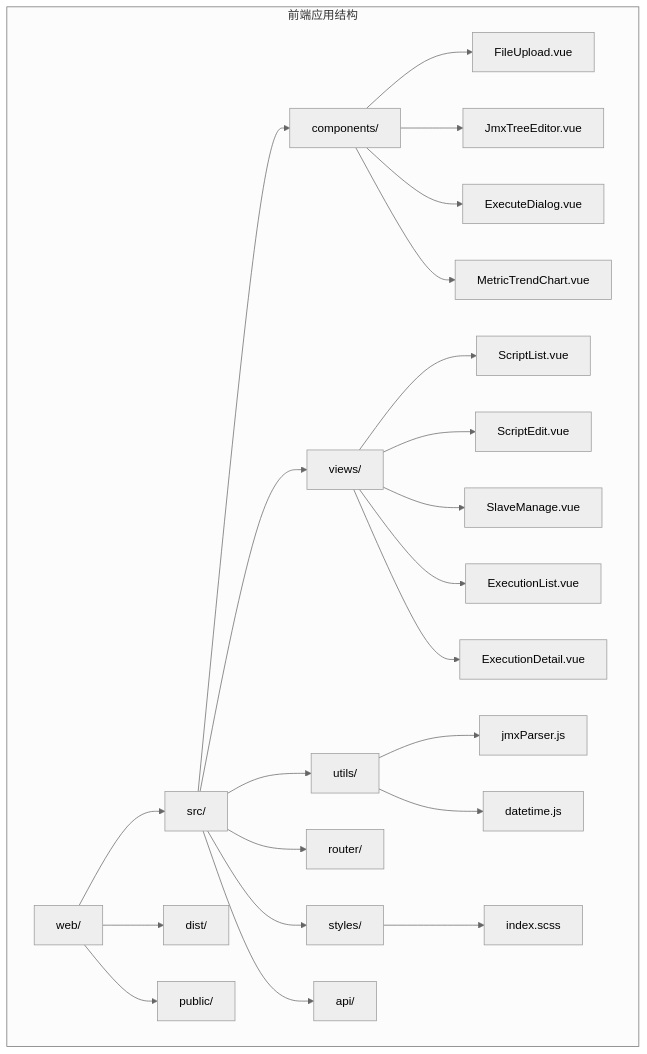
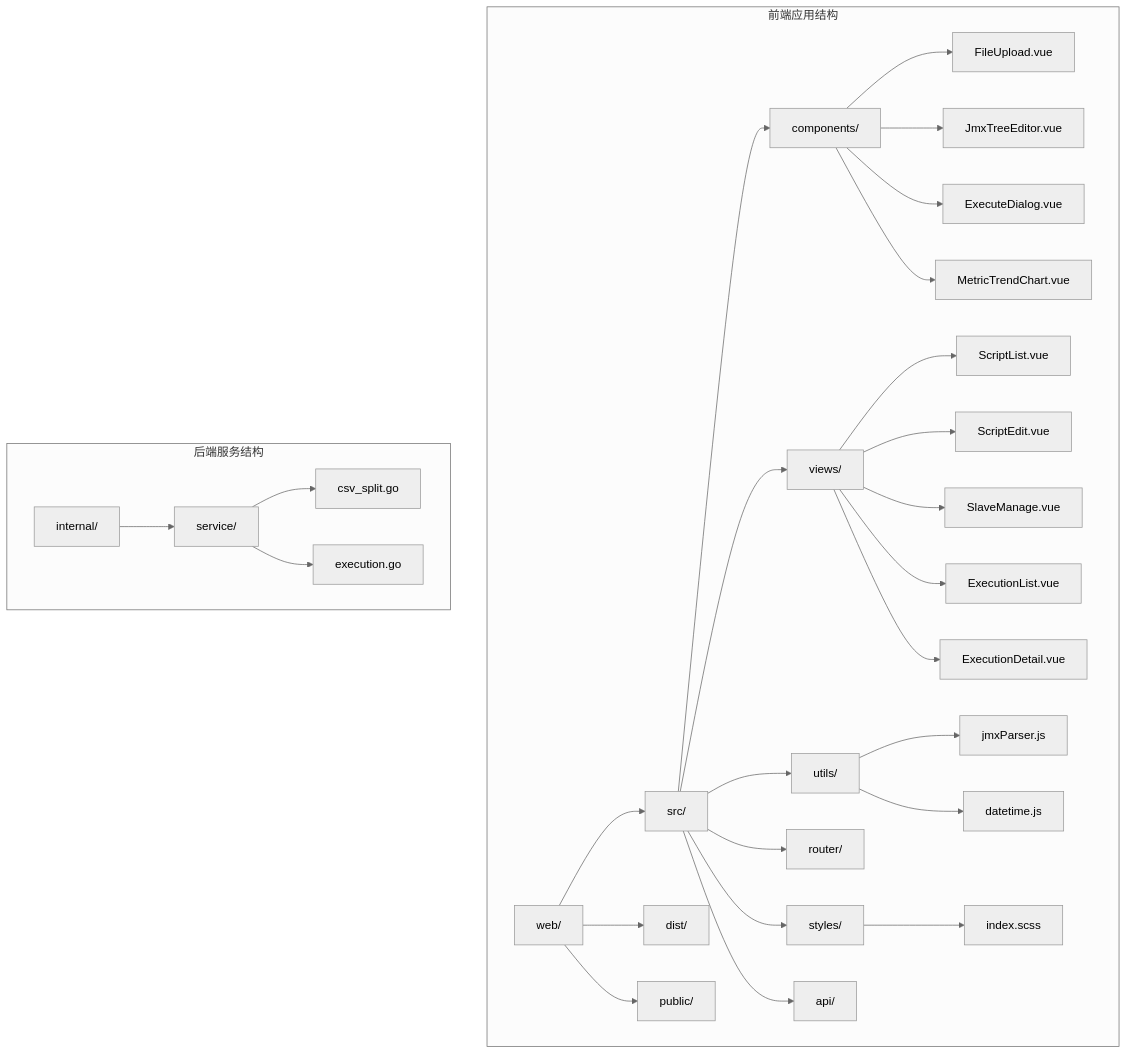
Before and after one commit to Liyuhao02/Jmeter-Admin: the first of 9 diagrams in .qoder/repowiki/zh/content/前端组件详解/前端组件详解.md, drawn with Mermaid (neutral theme). The commit also changed other lines of this file and 13 other files, not shown here.

````diff
--- a/.qoder/repowiki/zh/content/前端组件详解/前端组件详解.md
+++ b/.qoder/repowiki/zh/content/前端组件详解/前端组件详解.md
@@ -43,26 +51,31 @@
 ```mermaid
 graph TB
 subgraph "前端应用结构"
 A[web/] --> B[src/]
 A --> C[dist/]
 A --> D[public/]
 B --> E[components/]
 B --> F[views/]
 B --> G[utils/]
 B --> H[router/]
 B --> I[styles/]
 B --> J[api/]
 E --> K[FileUpload.vue]
 E --> L[JmxTreeEditor.vue]
 E --> M[ExecuteDialog.vue]
 E --> N[MetricTrendChart.vue]
 F --> O[ScriptList.vue]
 F --> P[ScriptEdit.vue]
 F --> Q[SlaveManage.vue]
 F --> R[ExecutionList.vue]
 F --> S[ExecutionDetail.vue]
 G --> T[jmxParser.js]
 G --> U[datetime.js]
 I --> V[index.scss]
 end
+subgraph "后端服务结构"
+W[internal/] --> X[service/]
+X --> Y[csv_split.go]
+X --> Z[execution.go]
+end
 ```
````
